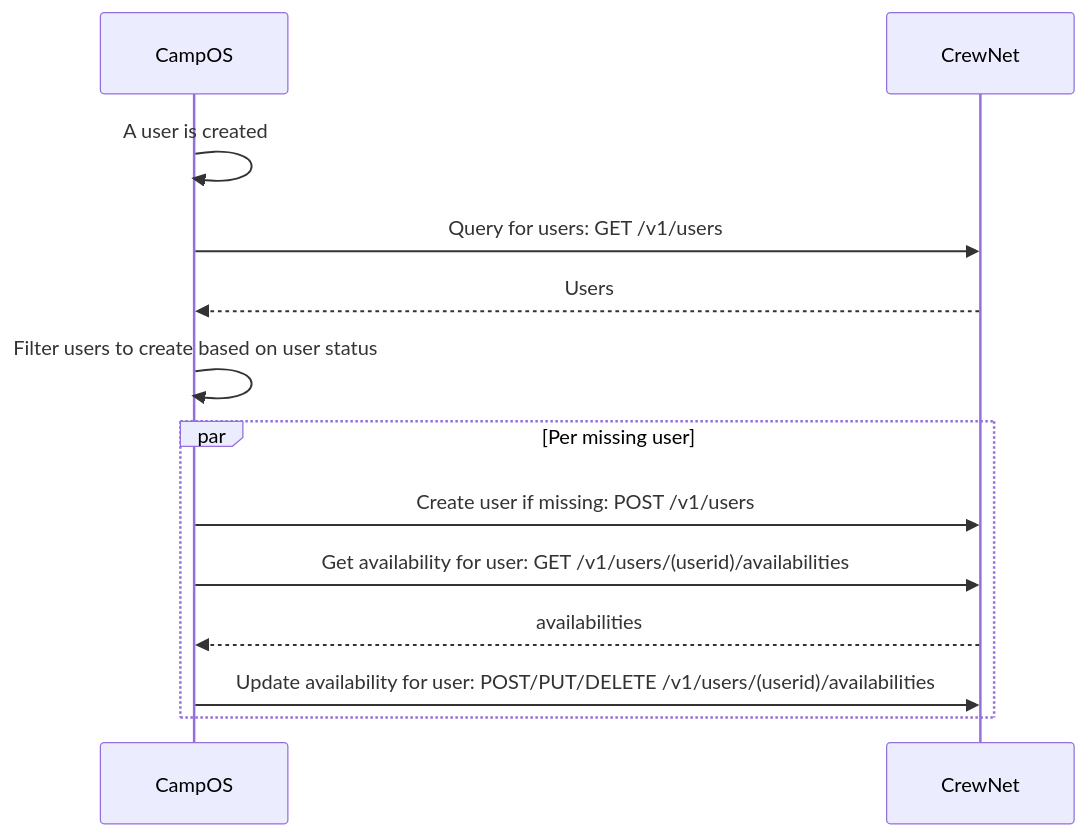
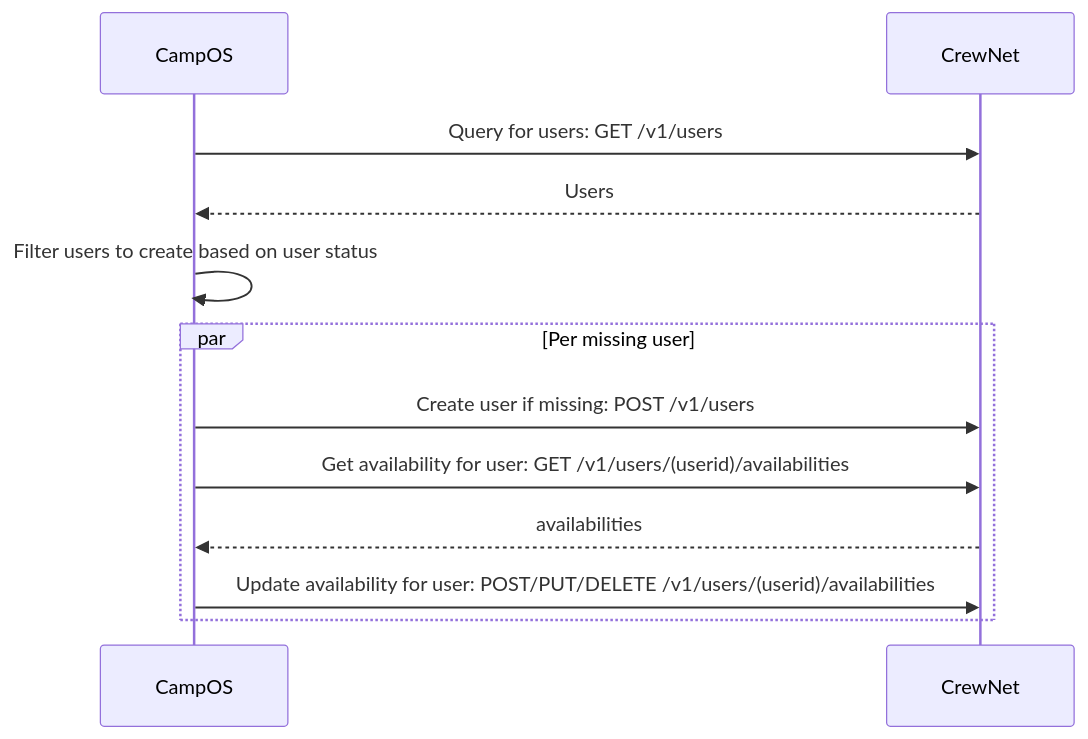
One commit to Spejderneslejr/crewnet-integration changed the first of 6 diagrams in docs/flow.md. Above: the diagram before and after it, drawn with Mermaid. The commit also changed other lines of this file, not shown here.

Commit message:
Updated flow documentation

````diff
--- a/docs/flow.md
+++ b/docs/flow.md
@@ -29,18 +29,17 @@
 ```mermaid
 sequenceDiagram
     participant campos as CampOS
     participant crewnet as CrewNet
 
-campos ->> campos: A user is created
 campos ->> crewnet: Query for users: GET /v1/users
 crewnet -->> campos: Users
 campos ->> campos: Filter users to create based on user status
 par Per missing user
 campos ->> crewnet: Create user if missing: POST /v1/users
 campos ->> crewnet: Get availability for user: GET /v1/users/(userid)/availabilities
 crewnet -->> campos: availabilities
 campos ->> crewnet: Update availability for user: POST/PUT/DELETE /v1/users/(userid)/availabilities
 # later
 
 end
 ```
````
